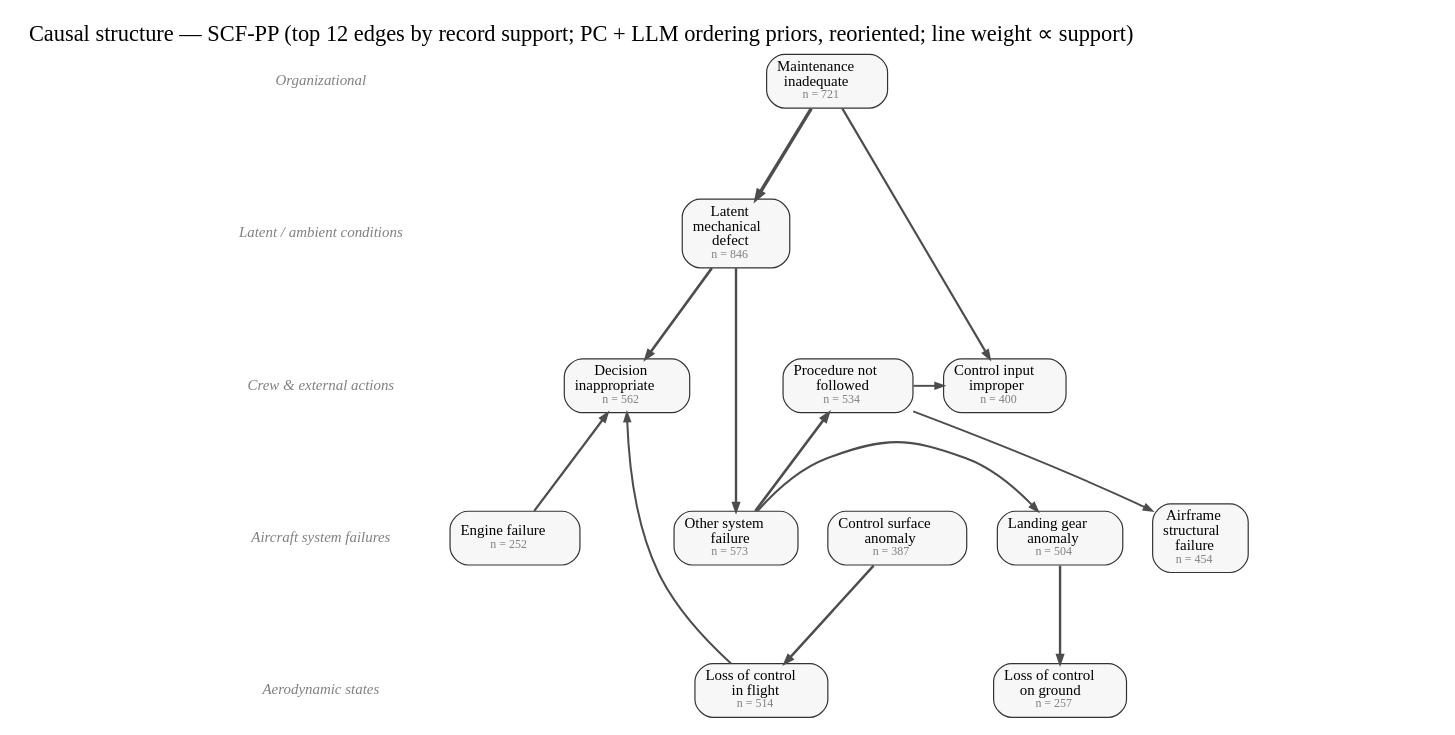
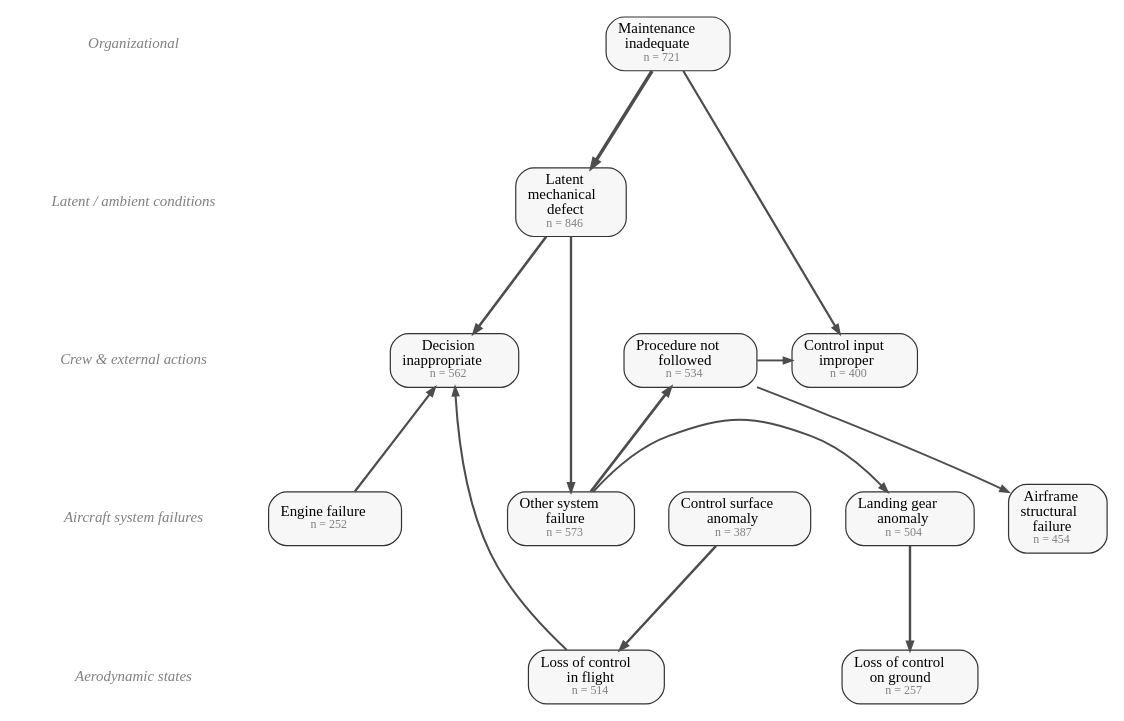
Before and after one commit to YutianPangASU/AviationSafetyReportKnowledgeGraph: the diagram in event_extraction/out/causation_kg/figures/dag_SCF-PP_top.gv, drawn with Graphviz. The commit also changed 10 other files, not shown here.

First line of the commit message:
Professional redraw of the KG relation diagrams and learned-network figures

```diff
--- a/event_extraction/out/causation_kg/figures/dag_SCF-PP_top.gv
+++ b/event_extraction/out/causation_kg/figures/dag_SCF-PP_top.gv
@@ -1,45 +1,44 @@
 digraph G {
-  rankdir=TB; splines=spline; nodesep=0.28; ranksep=0.85;
+  rankdir=TB; splines=spline; nodesep=0.32; ranksep=0.9;
   bgcolor="white";
-  labelloc="t"; label=<<font face="Times-Roman" point-size="15">Causal structure &#8212; SCF-PP (top 12 edges by record support; PC + LLM ordering priors, reoriented; line weight &#8733; support)</font>>;
-  node [shape=box, style="rounded,filled", fillcolor="#f7f7f7", color="#333333", penwidth=0.8, fontname="Times-Roman", fontsize=10, margin="0.10,0.05"];
+  node [shape=box, style="rounded,filled", fillcolor="#f7f7f7", color="#333333", penwidth=0.8, fontname="Times-Roman", fontsize=10, margin="0.11,0.06"];
   edge [color="#4d4d4d", arrowsize=0.55, fontname="Times-Roman", fontsize=8, fontcolor="#4d4d4d"];
   tier0 [shape=plaintext, style="", fillcolor=none, fontname="Times-Italic", fontsize=10, fontcolor="#808080", label="Organizational"];
   { rank=same; tier0; "MAINTENANCE_INADEQUATE" }
   tier1 [shape=plaintext, style="", fillcolor=none, fontname="Times-Italic", fontsize=10, fontcolor="#808080", label="Latent / ambient conditions"];
   { rank=same; tier1; "LATENT_MECHANICAL_DEFECT" }
   tier0 -> tier1 [style=invis];
   tier3 [shape=plaintext, style="", fillcolor=none, fontname="Times-Italic", fontsize=10, fontcolor="#808080", label="Crew & external actions"];
   { rank=same; tier3; "DECISION_INAPPROPRIATE" "CONTROL_INPUT_IMPROPER" "PROCEDURE_NOT_FOLLOWED" }
   tier1 -> tier3 [style=invis];
   tier4 [shape=plaintext, style="", fillcolor=none, fontname="Times-Italic", fontsize=10, fontcolor="#808080", label="Aircraft system failures"];
   { rank=same; tier4; "ENGINE_FAILURE" "AIRFRAME_STRUCTURAL_FAILURE" "CONTROL_SURFACE_ANOMALY" "LANDING_GEAR_ANOMALY" "OTHER_SYSTEM_FAILURE" }
   tier3 -> tier4 [style=invis];
   tier5 [shape=plaintext, style="", fillcolor=none, fontname="Times-Italic", fontsize=10, fontcolor="#808080", label="Aerodynamic states"];
   { rank=same; tier5; "LOSS_OF_CONTROL_INFLIGHT" "LOSS_OF_CONTROL_GROUND" }
   tier4 -> tier5 [style=invis];
   "AIRFRAME_STRUCTURAL_FAILURE" [label=<Airframe<br/>structural<br/>failure<br/><font point-size="8" color="#808080">n = 454</font>>];
   "CONTROL_INPUT_IMPROPER" [label=<Control input<br/>improper<br/><font point-size="8" color="#808080">n = 400</font>>];
   "CONTROL_SURFACE_ANOMALY" [label=<Control surface<br/>anomaly<br/><font point-size="8" color="#808080">n = 387</font>>];
   "DECISION_INAPPROPRIATE" [label=<Decision<br/>inappropriate<br/><font point-size="8" color="#808080">n = 562</font>>];
   "ENGINE_FAILURE" [label=<Engine failure<br/><font point-size="8" color="#808080">n = 252</font>>];
   "LANDING_GEAR_ANOMALY" [label=<Landing gear<br/>anomaly<br/><font point-size="8" color="#808080">n = 504</font>>];
   "LATENT_MECHANICAL_DEFECT" [label=<Latent<br/>mechanical<br/>defect<br/><font point-size="8" color="#808080">n = 846</font>>];
   "LOSS_OF_CONTROL_GROUND" [label=<Loss of control<br/>on ground<br/><font point-size="8" color="#808080">n = 257</font>>];
   "LOSS_OF_CONTROL_INFLIGHT" [label=<Loss of control<br/>in flight<br/><font point-size="8" color="#808080">n = 514</font>>];
   "MAINTENANCE_INADEQUATE" [label=<Maintenance<br/>inadequate<br/><font point-size="8" color="#808080">n = 721</font>>];
   "OTHER_SYSTEM_FAILURE" [label=<Other system<br/>failure<br/><font point-size="8" color="#808080">n = 573</font>>];
   "PROCEDURE_NOT_FOLLOWED" [label=<Procedure not<br/>followed<br/><font point-size="8" color="#808080">n = 534</font>>];
   "MAINTENANCE_INADEQUATE" -> "LATENT_MECHANICAL_DEFECT" [penwidth=2.30, style=solid, tooltip="MAINTENANCE_INADEQUATE -> LATENT_MECHANICAL_DEFECT: support 428, stability 0.37"];
   "OTHER_SYSTEM_FAILURE" -> "PROCEDURE_NOT_FOLLOWED" [penwidth=1.79, style=solid, tooltip="OTHER_SYSTEM_FAILURE -> PROCEDURE_NOT_FOLLOWED: support 220, stability 0.53"];
   "LATENT_MECHANICAL_DEFECT" -> "DECISION_INAPPROPRIATE" [penwidth=1.74, style=solid, tooltip="LATENT_MECHANICAL_DEFECT -> DECISION_INAPPROPRIATE: support 204, stability 0.67"];
   "CONTROL_SURFACE_ANOMALY" -> "LOSS_OF_CONTROL_INFLIGHT" [penwidth=1.64, style=solid, tooltip="CONTROL_SURFACE_ANOMALY -> LOSS_OF_CONTROL_INFLIGHT: support 172, stability 0.10"];
   "LANDING_GEAR_ANOMALY" -> "LOSS_OF_CONTROL_GROUND" [penwidth=1.61, style=solid, tooltip="LANDING_GEAR_ANOMALY -> LOSS_OF_CONTROL_GROUND: support 163, stability 0.57"];
   "LATENT_MECHANICAL_DEFECT" -> "OTHER_SYSTEM_FAILURE" [penwidth=1.60, style=solid, tooltip="LATENT_MECHANICAL_DEFECT -> OTHER_SYSTEM_FAILURE: support 161, stability 0.97"];
   "ENGINE_FAILURE" -> "DECISION_INAPPROPRIATE" [penwidth=1.50, style=solid, tooltip="ENGINE_FAILURE -> DECISION_INAPPROPRIATE: support 133, stability 0.83"];
   "MAINTENANCE_INADEQUATE" -> "CONTROL_INPUT_IMPROPER" [penwidth=1.46, style=solid, tooltip="MAINTENANCE_INADEQUATE -> CONTROL_INPUT_IMPROPER: support 123, stability 0.40"];
   "LOSS_OF_CONTROL_INFLIGHT" -> "DECISION_INAPPROPRIATE" [penwidth=1.37, style=solid, tooltip="LOSS_OF_CONTROL_INFLIGHT -> DECISION_INAPPROPRIATE: support 99, stability 0.83"];
   "OTHER_SYSTEM_FAILURE" -> "LANDING_GEAR_ANOMALY" [penwidth=1.35, style=solid, tooltip="OTHER_SYSTEM_FAILURE -> LANDING_GEAR_ANOMALY: support 96, stability 1.00"];
   "PROCEDURE_NOT_FOLLOWED" -> "CONTROL_INPUT_IMPROPER" [penwidth=1.29, style=solid, tooltip="PROCEDURE_NOT_FOLLOWED -> CONTROL_INPUT_IMPROPER: support 82, stability 0.80"];
   "PROCEDURE_NOT_FOLLOWED" -> "AIRFRAME_STRUCTURAL_FAILURE" [penwidth=1.24, style=solid, tooltip="PROCEDURE_NOT_FOLLOWED -> AIRFRAME_STRUCTURAL_FAILURE: support 72, stability 0.07"];
 }
```
